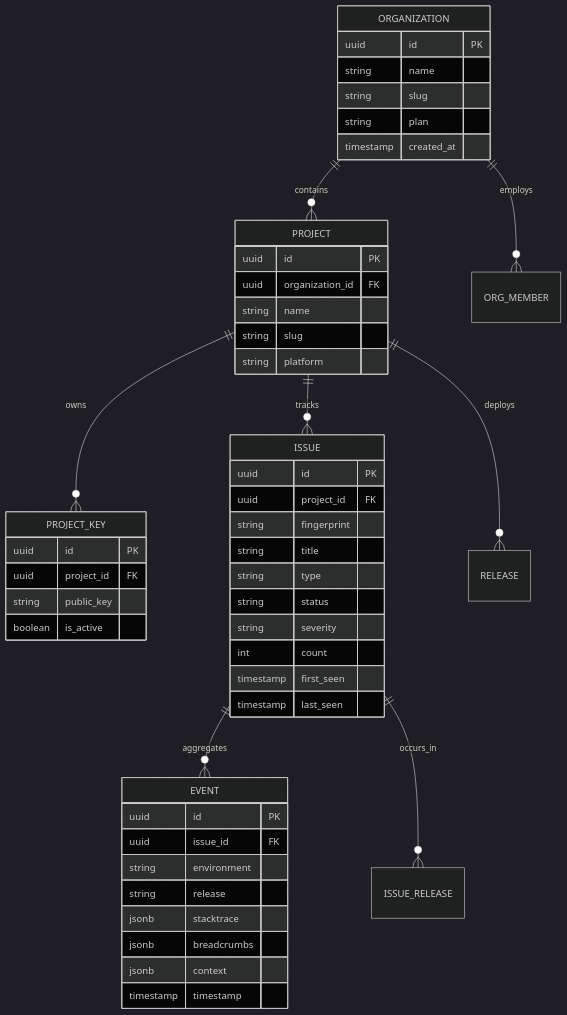
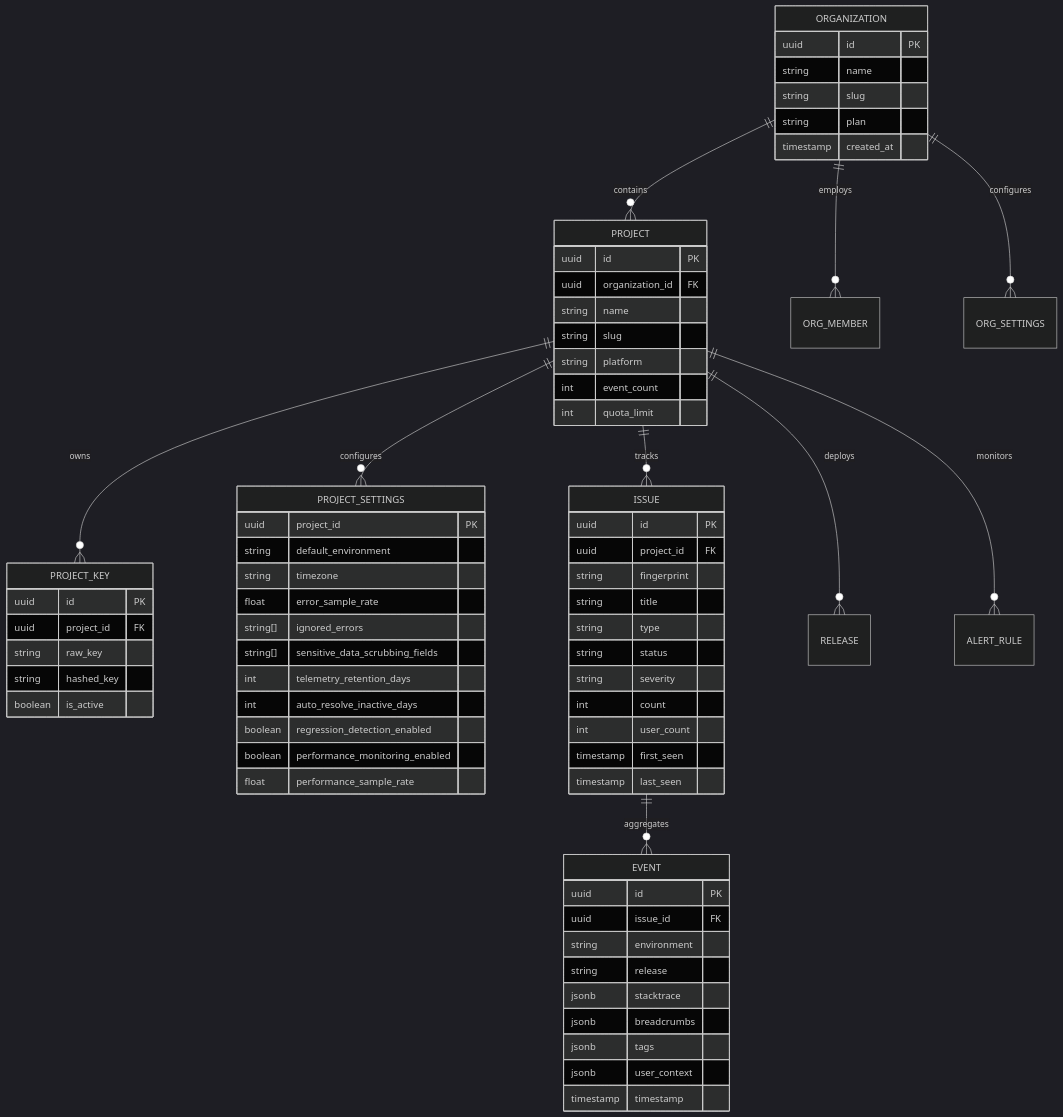
The diagram in README.md (Bangash-1122/Error-Tracking-SDK), drawn with Mermaid (dark theme) before and after one commit. The commit also changed other lines of this file and 1 other file, not shown here.

Commit message:
docs: add frontend README and update main README with architecture and tech stack details

````diff
--- a/README.md
+++ b/README.md
@@ -306,57 +551,78 @@
 ```mermaid
 erDiagram
     ORGANIZATION ||--o{ PROJECT : contains
     ORGANIZATION ||--o{ ORG_MEMBER : employs
+    ORGANIZATION ||--o{ ORG_SETTINGS : configures
     PROJECT ||--o{ PROJECT_KEY : owns
+    PROJECT ||--o{ PROJECT_SETTINGS : configures
     PROJECT ||--o{ ISSUE : tracks
     PROJECT ||--o{ RELEASE : deploys
+    PROJECT ||--o{ ALERT_RULE : monitors
     ISSUE ||--o{ EVENT : aggregates
-    ISSUE ||--o{ ISSUE_RELEASE : occurs_in
 
     ORGANIZATION {
         uuid id PK
         string name
         string slug
         string plan
         timestamp created_at
     }
 
     PROJECT {
         uuid id PK
         uuid organization_id FK
         string name
         string slug
         string platform
+        int event_count
+        int quota_limit
     }
 
     PROJECT_KEY {
         uuid id PK
         uuid project_id FK
-        string public_key
+        string raw_key
+        string hashed_key
         boolean is_active
+    }
+
+    PROJECT_SETTINGS {
+        uuid project_id PK
+        string default_environment
+        string timezone
+        float error_sample_rate
+        string[] ignored_errors
+        string[] sensitive_data_scrubbing_fields
+        int telemetry_retention_days
+        int auto_resolve_inactive_days
+        boolean regression_detection_enabled
+        boolean performance_monitoring_enabled
+        float performance_sample_rate
     }
 
     ISSUE {
         uuid id PK
         uuid project_id FK
         string fingerprint
         string title
         string type
         string status
         string severity
         int count
+        int user_count
         timestamp first_seen
         timestamp last_seen
     }
 
     EVENT {
         uuid id PK
         uuid issue_id FK
         string environment
         string release
         jsonb stacktrace
         jsonb breadcrumbs
-        jsonb context
+        jsonb tags
+        jsonb user_context
         timestamp timestamp
     }
 ```
````
